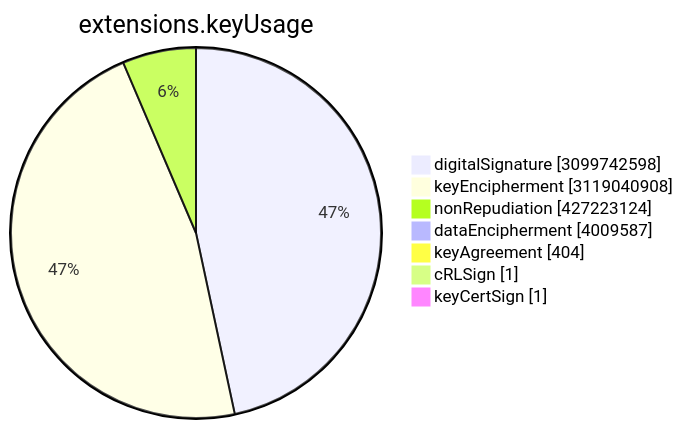
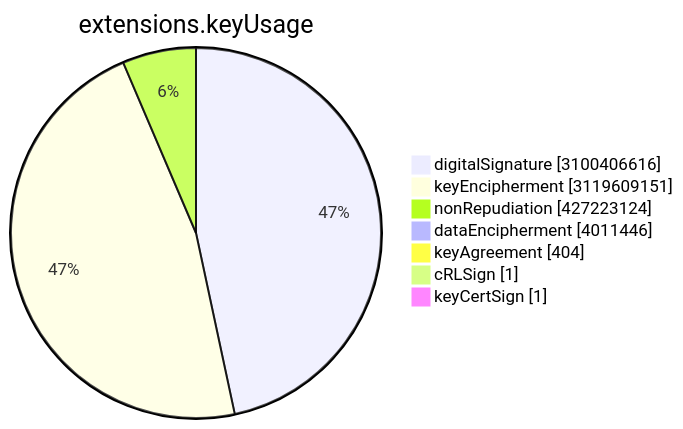
The sixth of 15 diagrams in TOTAL/README.md (christiankrug/ctmonitor_visualization), drawn with Mermaid before and after one commit. The commit also changed other lines of this file, not shown here.

````diff
--- a/TOTAL/README.md
+++ b/TOTAL/README.md
@@ -3077,11 +3077,11 @@
 ```mermaid
 pie showData
 title extensions.keyUsage
-"digitalSignature" :3099742598
-"keyEncipherment" :3119040908
+"digitalSignature" :3100406616
+"keyEncipherment" :3119609151
 "nonRepudiation" :427223124
-"dataEncipherment" :4009587
+"dataEncipherment" :4011446
 "keyAgreement" :404
 "cRLSign" :1
 "keyCertSign" :1
 ```
````
